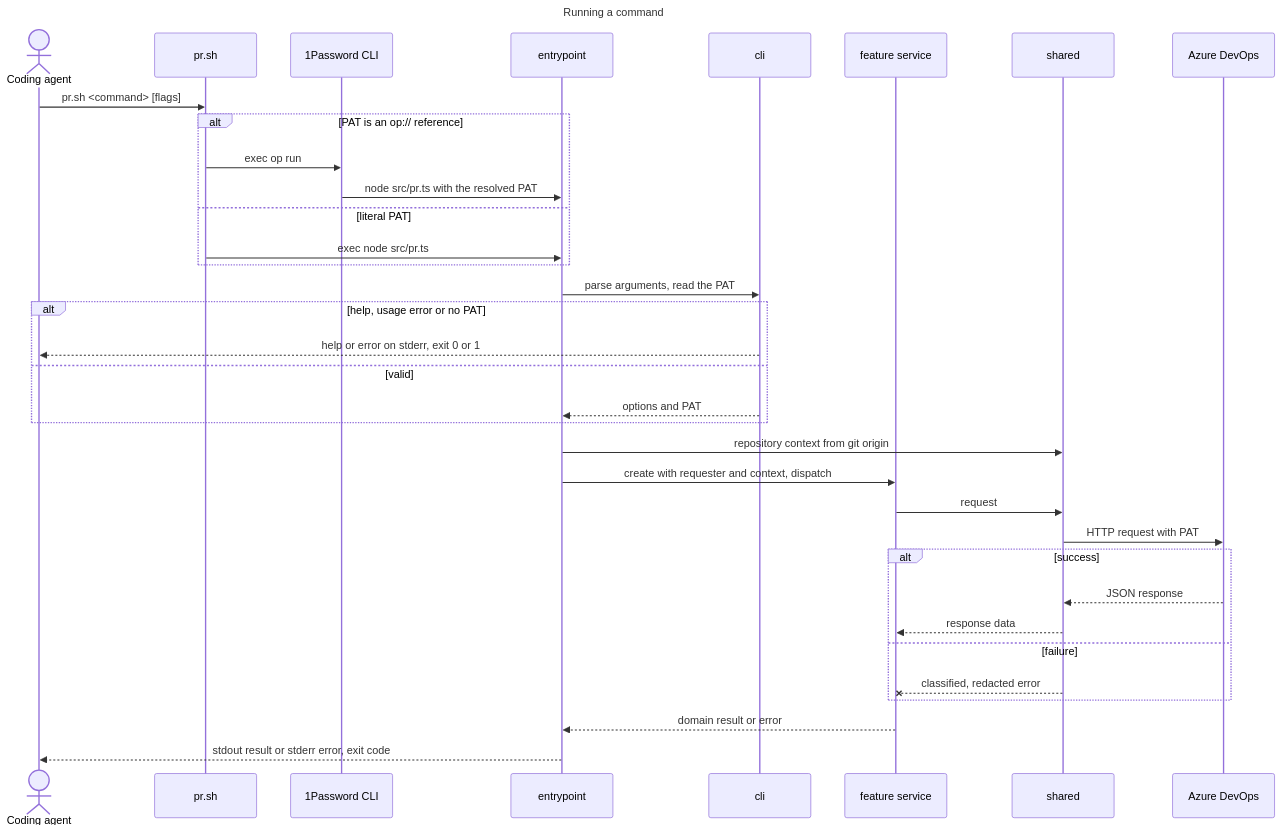
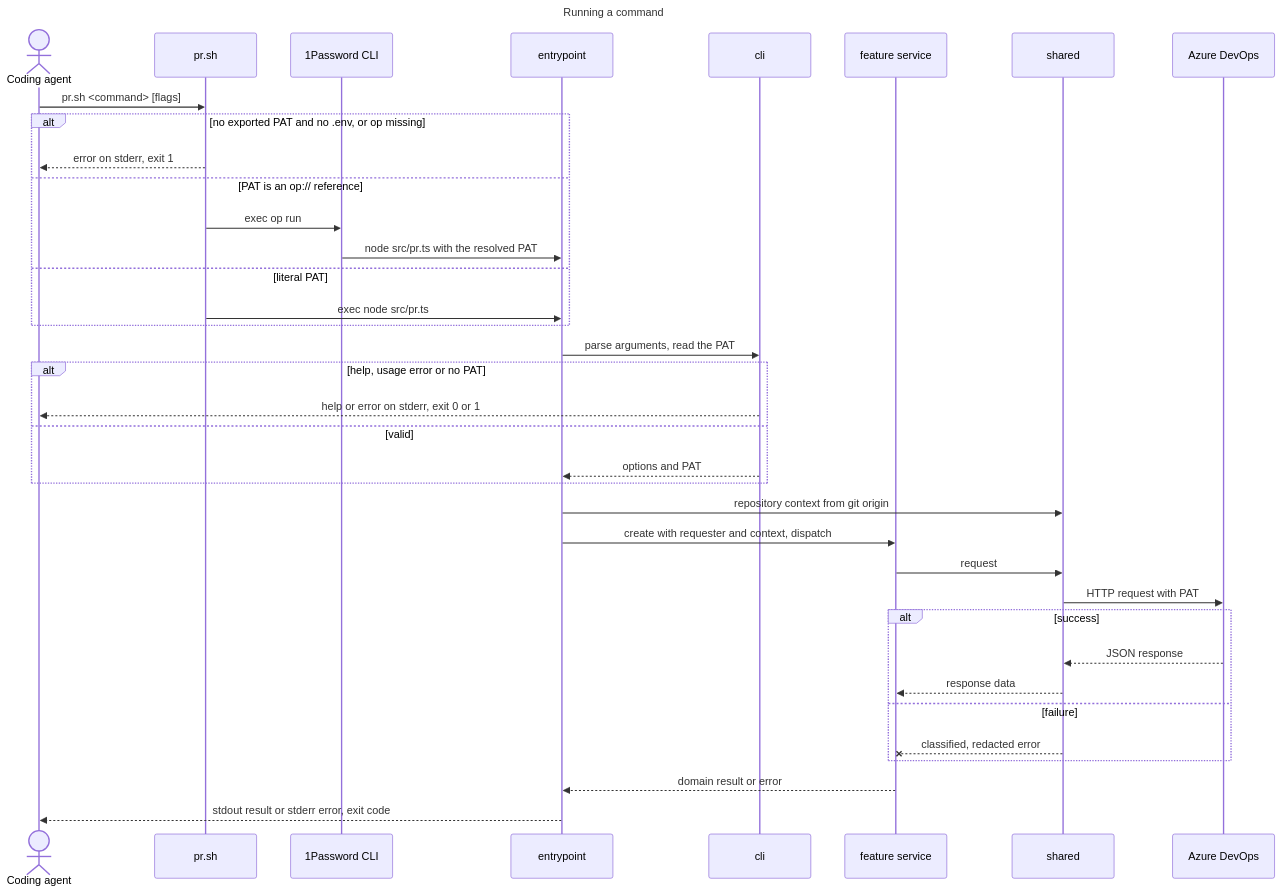
One commit to remshams/ado-pr changed the third of 5 diagrams in docs/architecture/architecture.md. Above: the diagram before and after it, drawn with Mermaid. The commit also changed other lines of this file and 1 other file, not shown here.

Commit message:
docs(Architecture): cover launcher exits, branch lookup and progress events

````diff
--- a/docs/architecture/architecture.md
+++ b/docs/architecture/architecture.md
@@ -119,39 +121,41 @@
 ```mermaid
 ---
 title: Running a command
 ---
 sequenceDiagram
     actor Agent as Coding agent
     participant Launcher as pr.sh
     participant Op as 1Password CLI
     participant Entry as entrypoint
     participant Cli as cli
     participant Feature as feature service
     participant Shared as shared
     participant Azure as Azure DevOps
     Agent->>Launcher: pr.sh <command> [flags]
-    alt PAT is an op:// reference
+    alt no exported PAT and no .env, or op missing
+        Launcher-->>Agent: error on stderr, exit 1
+    else PAT is an op:// reference
         Launcher->>Op: exec op run
         Op->>Entry: node src/pr.ts with the resolved PAT
     else literal PAT
         Launcher->>Entry: exec node src/pr.ts
     end
     Entry->>Cli: parse arguments, read the PAT
     alt help, usage error or no PAT
         Cli-->>Agent: help or error on stderr, exit 0 or 1
     else valid
         Cli-->>Entry: options and PAT
     end
     Entry->>Shared: repository context from git origin
     Entry->>Feature: create with requester and context, dispatch
     Feature->>Shared: request
     Shared->>Azure: HTTP request with PAT
     alt success
         Azure-->>Shared: JSON response
         Shared-->>Feature: response data
     else failure
         Shared--xFeature: classified, redacted error
     end
     Feature-->>Entry: domain result or error
     Entry-->>Agent: stdout result or stderr error, exit code
 ```
````
